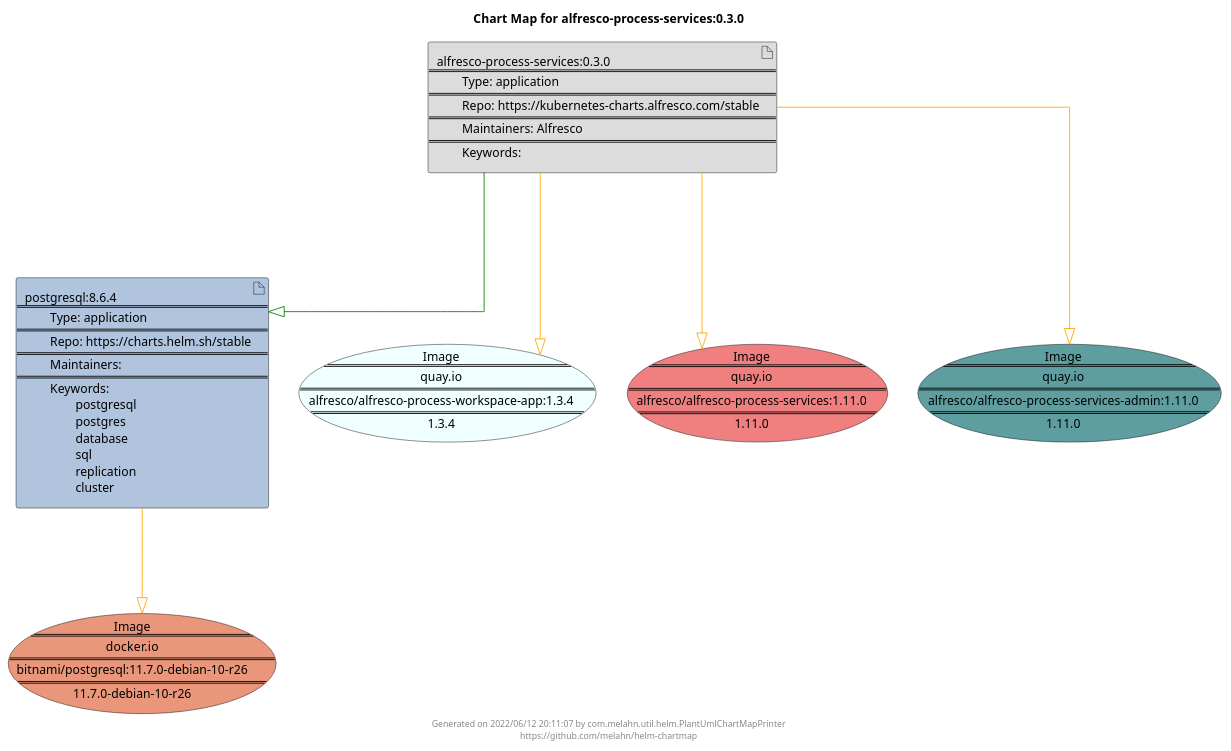
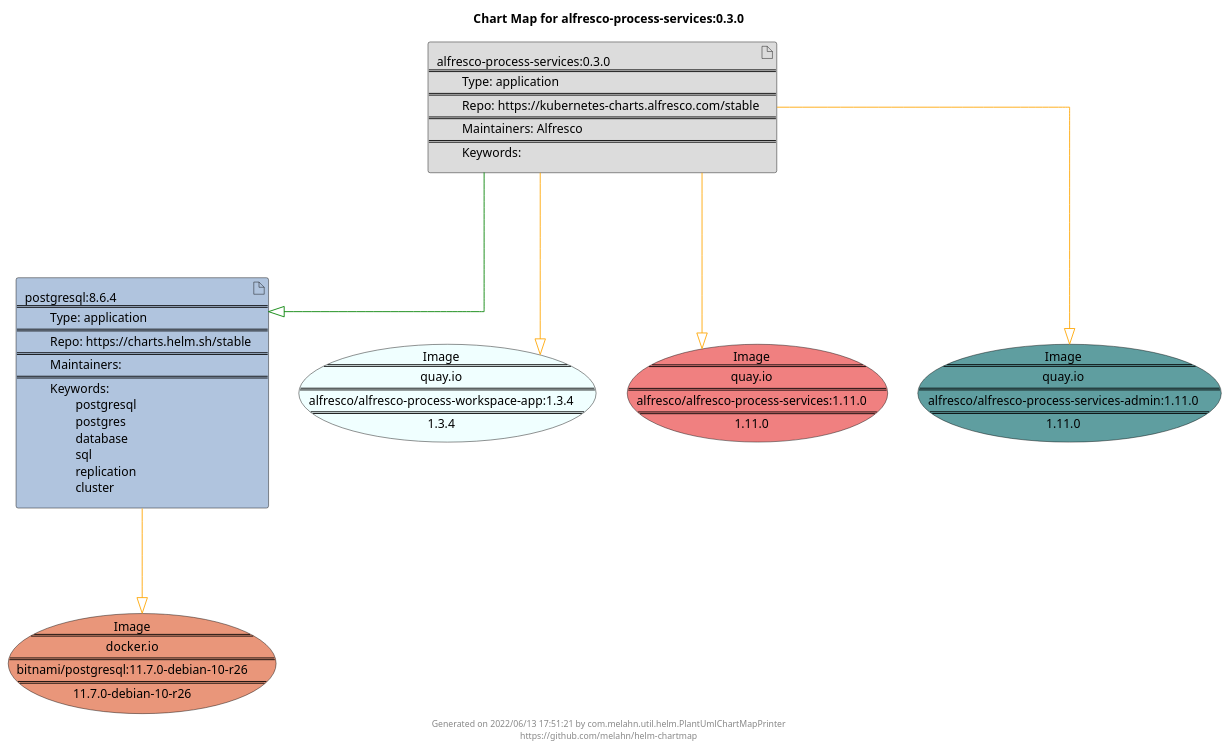
The diagram in docs/alfresco-process-services/alfresco-process-services-0.3.0.puml (melahn/helm-chartmap), drawn with PlantUML before and after one commit. The commit also changed 59 other files, not shown here.

Commit message:
Update Example Chart Maps as part of GitHub build

```diff
--- a/docs/alfresco-process-services/alfresco-process-services-0.3.0.puml
+++ b/docs/alfresco-process-services/alfresco-process-services-0.3.0.puml
@@ -1,29 +1,29 @@
 @startuml
 skinparam linetype ortho
 skinparam backgroundColor white
 skinparam usecaseBorderColor black
 skinparam usecaseArrowColor LightSlateGray
 skinparam artifactBorderColor black
 skinparam artifactArrowColor LightSlateGray
 
 title Chart Map for alfresco-process-services:0.3.0
 
 'There are 2 referenced Helm Charts
 artifact "alfresco-process-services:0.3.0\n====\n\tType: application\n====\n\tRepo: https://kubernetes-charts.alfresco.com/stable\n====\n\tMaintainers: Alfresco\n====\n\tKeywords: " as alfresco_process_services_0_3_0 #Gainsboro
 artifact "postgresql:8.6.4\n====\n\tType: application\n====\n\tRepo: https://charts.helm.sh/stable\n====\n\tMaintainers: \n====\n\tKeywords: \n\t\tpostgresql\n\t\tpostgres\n\t\tdatabase\n\t\tsql\n\t\treplication\n\t\tcluster" as postgresql_8_6_4 #LightSteelBlue
 
 'There are 4 referenced Docker Images
 usecase "Image\n====\nquay.io\n====\nalfresco/alfresco-process-workspace-app:1.3.4\n====\n1.3.4" as quay_io_alfresco_alfresco_process_workspace_app_1_3_4 #Azure
 usecase "Image\n====\nquay.io\n====\nalfresco/alfresco-process-services:1.11.0\n====\n1.11.0" as quay_io_alfresco_alfresco_process_services_1_11_0 #LightCoral
 usecase "Image\n====\nquay.io\n====\nalfresco/alfresco-process-services-admin:1.11.0\n====\n1.11.0" as quay_io_alfresco_alfresco_process_services_admin_1_11_0 #CadetBlue
 usecase "Image\n====\ndocker.io\n====\nbitnami/postgresql:11.7.0-debian-10-r26\n====\n11.7.0-debian-10-r26" as docker_io_bitnami_postgresql_11_7_0_debian_10_r26 #DarkSalmon
 
 'Chart Dependencies
 alfresco_process_services_0_3_0--[#green]-|>postgresql_8_6_4
 alfresco_process_services_0_3_0--[#orange]-|>quay_io_alfresco_alfresco_process_services_admin_1_11_0
 alfresco_process_services_0_3_0--[#orange]-|>quay_io_alfresco_alfresco_process_workspace_app_1_3_4
 alfresco_process_services_0_3_0--[#orange]-|>quay_io_alfresco_alfresco_process_services_1_11_0
 postgresql_8_6_4--[#orange]-|>docker_io_bitnami_postgresql_11_7_0_debian_10_r26
 
-center footer Generated on 2022/06/12 20:11:07 by com.melahn.util.helm.PlantUmlChartMapPrinter\nhttps://github.com/melahn/helm-chartmap
+center footer Generated on 2022/06/13 17:51:21 by com.melahn.util.helm.PlantUmlChartMapPrinter\nhttps://github.com/melahn/helm-chartmap
 @enduml
```
